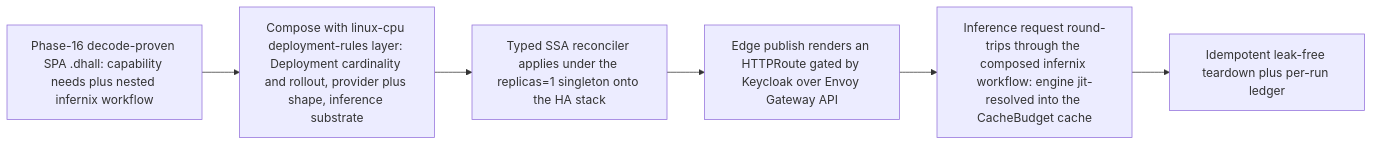
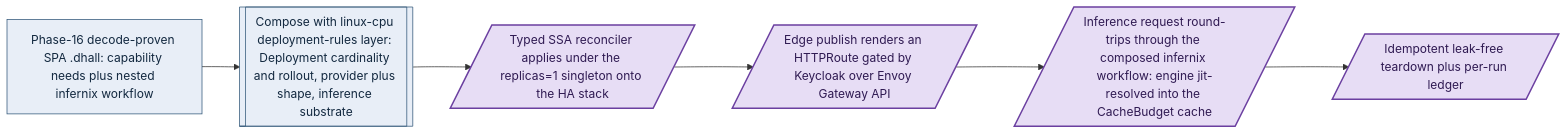
One commit to Tuee22/amoebius changed the diagram in DEVELOPMENT_PLAN/phase_43_spa_live_deploy.md. Above: the diagram before and after it, drawn with Mermaid. The commit also changed other lines of this file and 36 other files, not shown here.

````diff
--- a/DEVELOPMENT_PLAN/phase_43_spa_live_deploy.md
+++ b/DEVELOPMENT_PLAN/phase_43_spa_live_deploy.md
@@ -54,8 +56,10 @@
 ```mermaid
 flowchart LR
-  spa[Phase-16 decode-proven SPA .dhall: capability needs plus nested infernix workflow] --> compose[Compose with linux-cpu deployment-rules layer: Deployment cardinality and rollout, provider plus shape, inference substrate]
-  compose --> apply[Typed SSA reconciler applies under the replicas=1 singleton onto the HA stack]
-  apply --> edge[Edge publish renders an HTTPRoute gated by Keycloak over Envoy Gateway API]
-  edge --> infer[Inference request round-trips through the composed infernix workflow: engine jit-resolved into the CacheBudget cache]
-  infer --> teardown[Idempotent leak-free teardown plus per-run ledger]
+  spa["Phase-16 decode-proven SPA .dhall: capability needs plus nested infernix workflow"]:::intent --> compose[["Compose with linux-cpu deployment-rules layer: Deployment cardinality and rollout, provider plus shape, inference substrate"]]:::intent
+  compose --> apply[/"Typed SSA reconciler applies under the replicas=1 singleton onto the HA stack"/]:::effect
+  apply --> edge[/"Edge publish renders an HTTPRoute gated by Keycloak over Envoy Gateway API"/]:::effect
+  edge --> infer[/"Inference request round-trips through the composed infernix workflow: engine jit-resolved into the CacheBudget cache"/]:::effect
+  infer --> teardown[/"Idempotent leak-free teardown plus per-run ledger"/]:::effect
+  classDef intent   fill:#e8eef7,stroke:#33587a,color:#12283f,stroke-width:1px
+  classDef effect   fill:#e7ddf5,stroke:#6b3fa0,color:#2f1a52,stroke-width:2px
 ```
````
